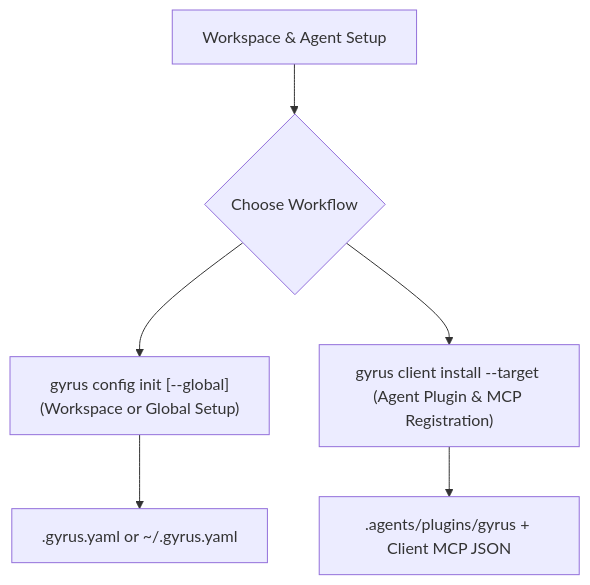
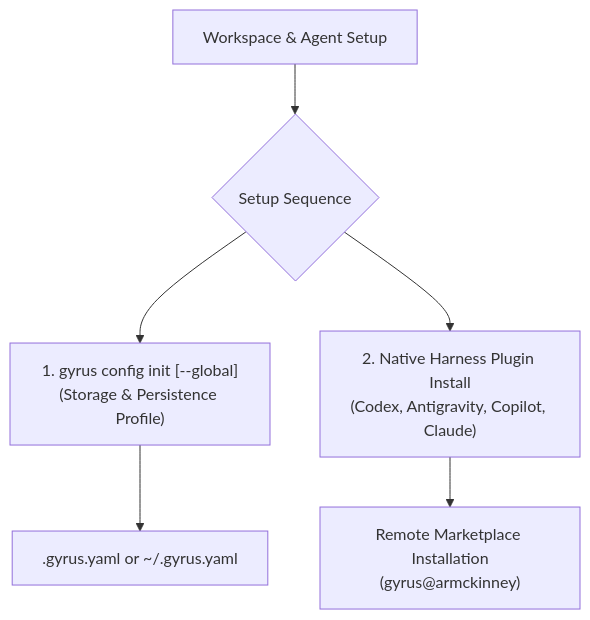
One commit to armckinney/gyrus changed the diagram in .gyrus/docs/root/reference/guide-005-installation-and-initialization.md. Above: the diagram before and after it, drawn with Mermaid. The commit also changed other lines of this file and 42 other files, not shown here.

First line of the commit message:
Feat/native plugin distribution (#14)

````diff
--- a/.gyrus/docs/root/reference/guide-005-installation-and-initialization.md
+++ b/.gyrus/docs/root/reference/guide-005-installation-and-initialization.md
@@ -56,8 +54,8 @@
 ```mermaid
 graph TD
-    A["Workspace & Agent Setup"] --> B{"Choose Workflow"}
-    B --> C["gyrus config init [--global]\n(Workspace or Global Setup)"]
-    B --> D["gyrus client install --target <target>\n(Agent Plugin & MCP Registration)"]
+    A["Workspace & Agent Setup"] --> B{"Setup Sequence"}
+    B --> C["1. gyrus config init [--global]\n(Storage & Persistence Profile)"]
+    B --> D["2. Native Harness Plugin Install\n(Codex, Antigravity, Copilot, Claude)"]
     C --> E[".gyrus.yaml or ~/.gyrus.yaml"]
-    D --> F[".agents/plugins/gyrus + Client MCP JSON"]
+    D --> F["Remote Marketplace Installation\n(gyrus@armckinney)"]
 ```
````
